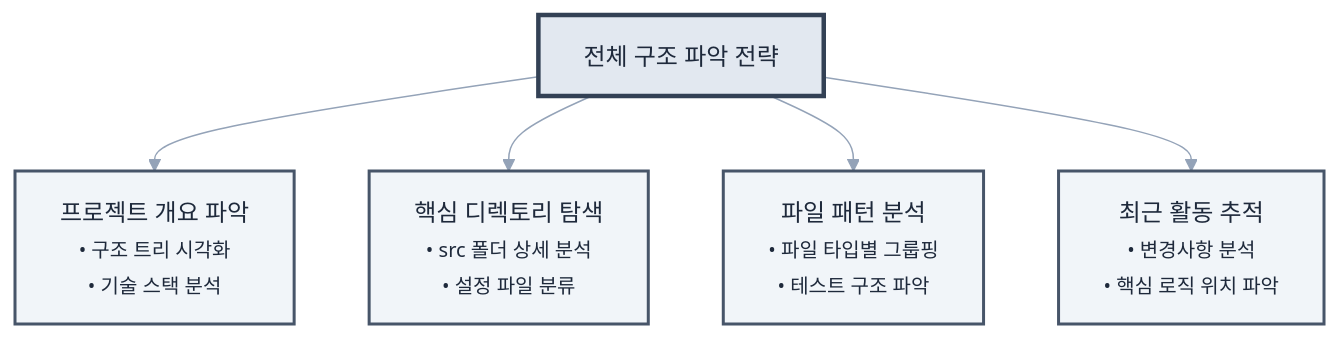
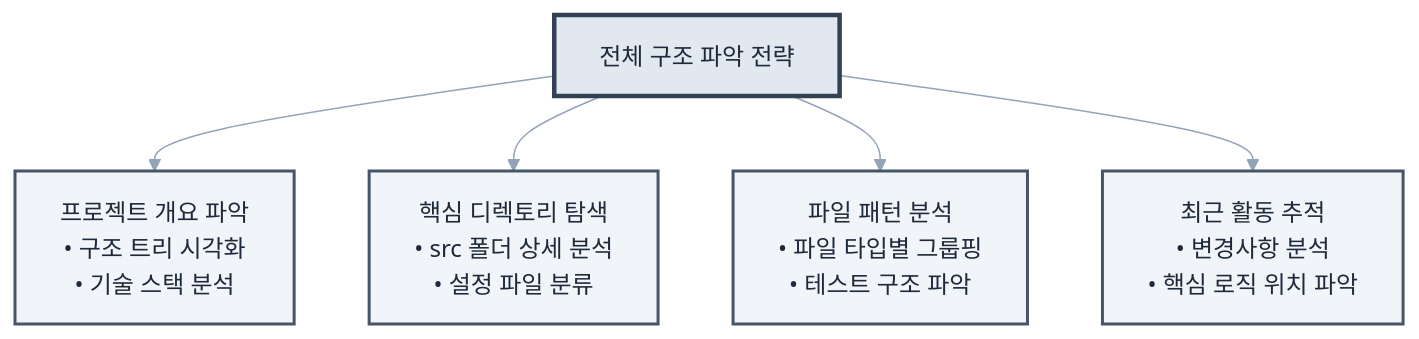
The third of 5 diagrams in book/03-chapter3.md (revfactory/claude-code-mastering), drawn with Mermaid before and after one commit. The commit also changed other lines of this file and 10 other files, not shown here.

First line of the commit message:
fix: 챕터 2-13 Mermaid 다이어그램 텍스트 렌더링 최적화

````diff
--- a/book/03-chapter3.md
+++ b/book/03-chapter3.md
@@ -111,16 +111,16 @@
 ```mermaid
 %%{init: {"theme": "base", "themeVariables": {"primaryColor": "#f8fafc", "primaryTextColor": "#1e293b", "primaryBorderColor": "#e2e8f0", "lineColor": "#94a3b8", "secondaryColor": "#f1f5f9", "tertiaryColor": "#e2e8f0"}}}%%
 flowchart TD
     A["전체 구조 파악 전략"]
     
-    A --> B["프로젝트 개요 파악<br/><small>• 구조 트리 시각화<br/>• 기술 스택 분석</small>"]
-    A --> C["핵심 디렉토리 탐색<br/><small>• src 폴더 상세 분석<br/>• 설정 파일 분류</small>"]
-    A --> D["파일 패턴 분석<br/><small>• 파일 타입별 그룹핑<br/>• 테스트 구조 파악</small>"]
-    A --> E["최근 활동 추적<br/><small>• 변경사항 분석<br/>• 핵심 로직 위치 파악</small>"]
+    A --> B["프로젝트 개요 파악<br/>• 구조 트리 시각화<br/>• 기술 스택 분석"]
+    A --> C["핵심 디렉토리 탐색<br/>• src 폴더 상세 분석<br/>• 설정 파일 분류"]
+    A --> D["파일 패턴 분석<br/>• 파일 타입별 그룹핑<br/>• 테스트 구조 파악"]
+    A --> E["최근 활동 추적<br/>• 변경사항 분석<br/>• 핵심 로직 위치 파악"]
     
     classDef strategyStyle fill:#e2e8f0,stroke:#334155,stroke-width:3px,color:#1e293b
     classDef stepStyle fill:#f1f5f9,stroke:#475569,stroke-width:2px,color:#1e293b
     
     class A strategyStyle
     class B,C,D,E stepStyle
 ```
````
